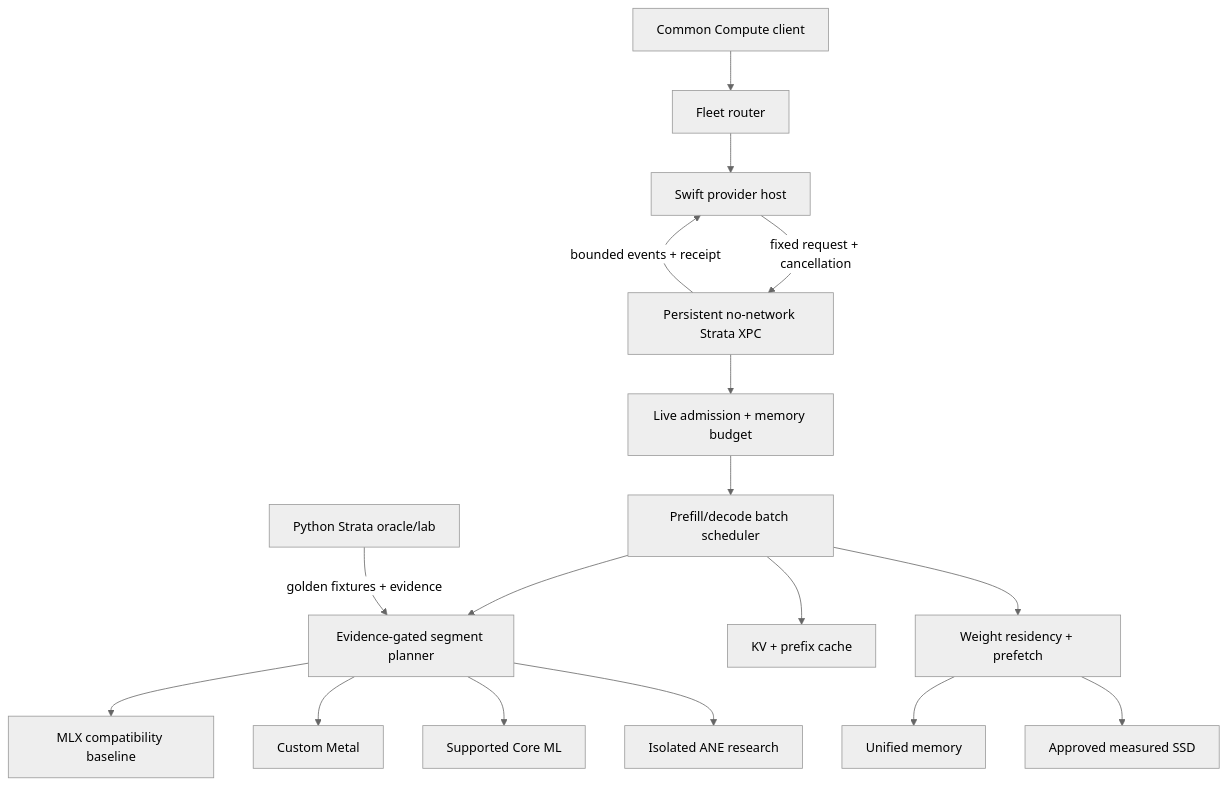
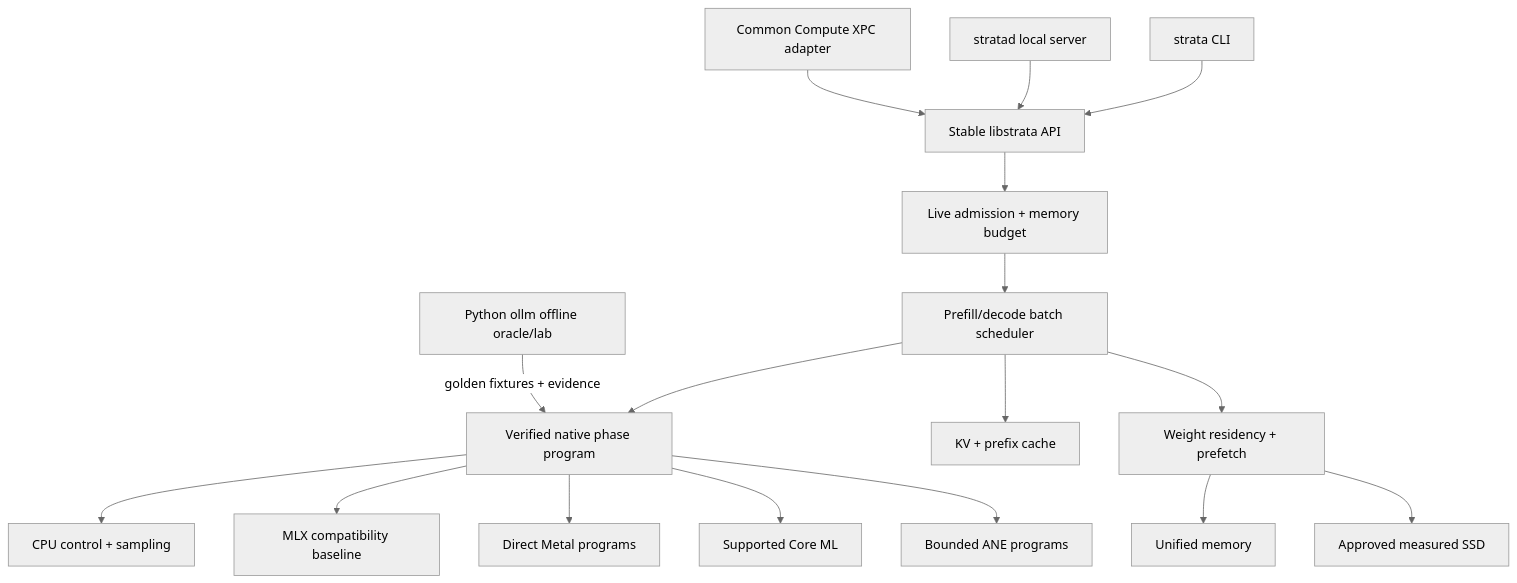
Before and after one commit to Ikaikaalika/strata: the first of 2 diagrams in README.md, drawn with Mermaid (neutral theme). The commit also changed other lines of this file and 7 other files, not shown here.

Commit message:
Start native standalone Strata benchmark path

````diff
--- a/README.md
+++ b/README.md
@@ -56,20 +57,20 @@
 ```mermaid
 flowchart TD
-    CLIENT["Common Compute client"] --> ROUTER["Fleet router"]
-    ROUTER --> HOST["Swift provider host"]
-    HOST -->|"fixed request + cancellation"| XPC["Persistent no-network Strata XPC"]
-    XPC --> ADMIT["Live admission + memory budget"]
+    CLI["strata CLI"] --> API["Stable libstrata API"]
+    DAEMON["stratad local server"] --> API
+    CC["Common Compute XPC adapter"] --> API
+    API --> ADMIT["Live admission + memory budget"]
     ADMIT --> BATCH["Prefill/decode batch scheduler"]
-    BATCH --> PLAN["Evidence-gated segment planner"]
+    BATCH --> PLAN["Verified native phase program"]
+    PLAN --> CPU["CPU control + sampling"]
     PLAN --> MLX["MLX compatibility baseline"]
-    PLAN --> METAL["Custom Metal"]
+    PLAN --> METAL["Direct Metal programs"]
     PLAN --> COREML["Supported Core ML"]
-    PLAN --> ANE["Isolated ANE research"]
+    PLAN --> ANE["Bounded ANE programs"]
     BATCH --> KV["KV + prefix cache"]
     BATCH --> RES["Weight residency + prefetch"]
     RES --> RAM["Unified memory"]
     RES --> SSD["Approved measured SSD"]
-    XPC -->|"bounded events + receipt"| HOST
 
-    LAB["Python Strata oracle/lab"] -->|"golden fixtures + evidence"| PLAN
+    LAB["Python ollm offline oracle/lab"] -->|"golden fixtures + evidence"| PLAN
 ```
````
